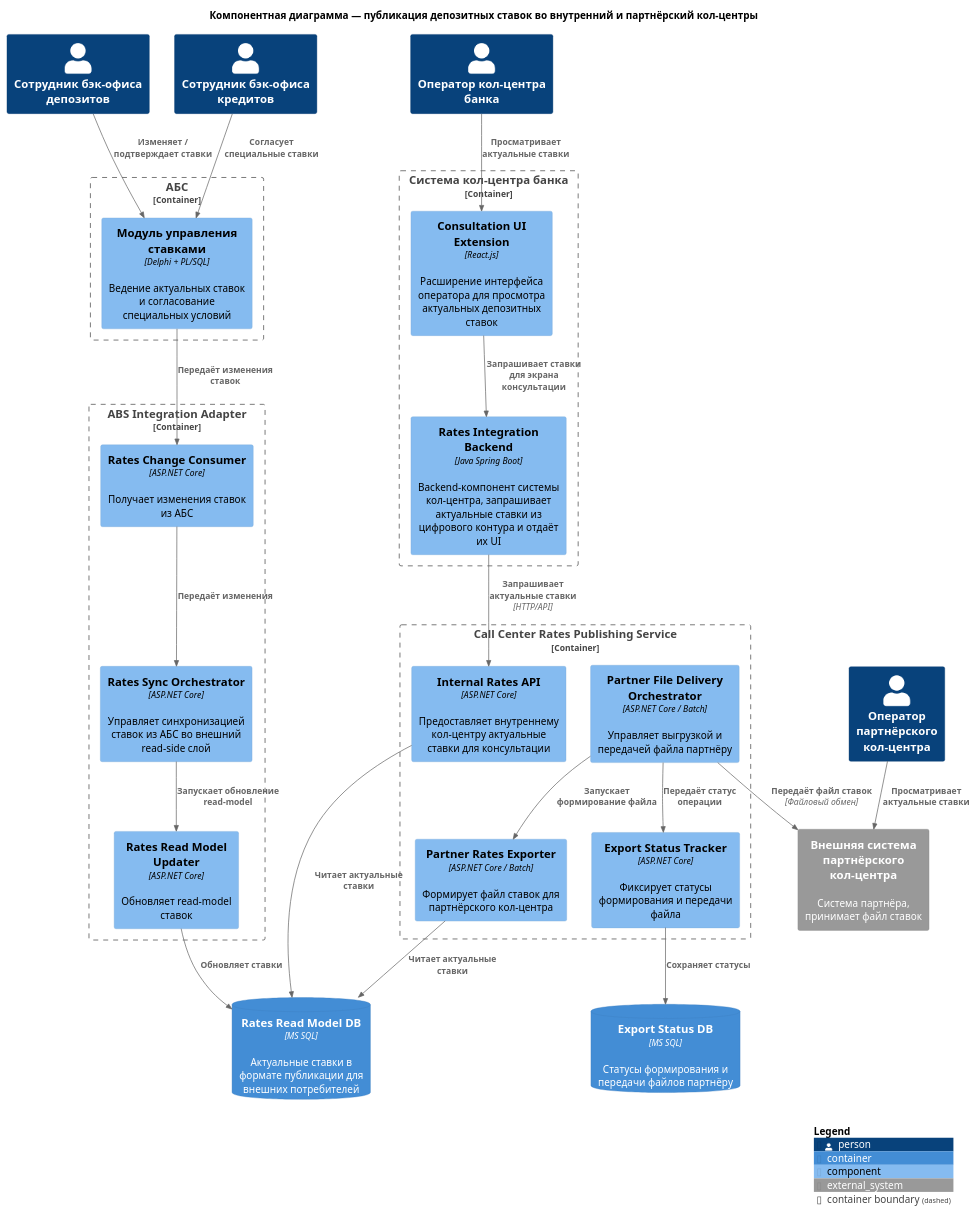
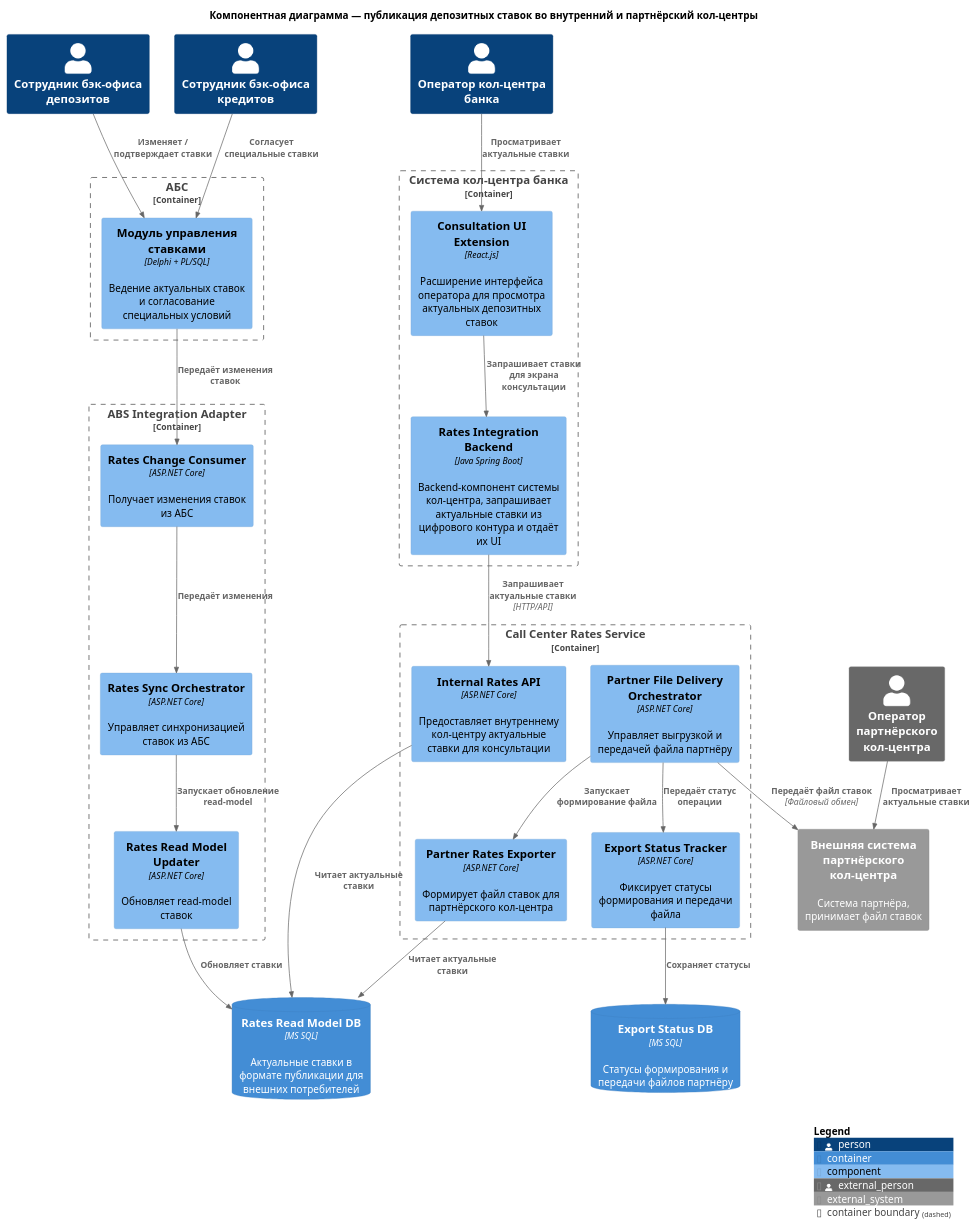
Before and after one commit to Meeluck/architecture-standart: the diagram in task4/adr_2_component.puml, drawn with PlantUML. The commit also changed 8 other files, not shown here.

```diff
--- a/task4/adr_2_component.puml
+++ b/task4/adr_2_component.puml
@@ -1,62 +1,62 @@
 @startuml
 !include https://raw.githubusercontent.com/plantuml-stdlib/C4-PlantUML/master/C4_Component.puml
 
 title Компонентная диаграмма — публикация депозитных ставок во внутренний и партнёрский кол-центры
 
 
 Person(internalOperator, "Оператор кол-центра банка")
-Person(partnerOperator, "Оператор партнёрского кол-центра")
+Person_Ext(partnerOperator, "Оператор партнёрского кол-центра")
 Person(depositBackoffice, "Сотрудник бэк-офиса депозитов")
 Person(creditBackoffice, "Сотрудник бэк-офиса кредитов")
 
 Container_Boundary(absBoundary, "АБС") {
     Component(absRateModule, "Модуль управления ставками", "Delphi + PL/SQL", "Ведение актуальных ставок и согласование специальных условий")
 }
 
 Container_Boundary(absAdapterBoundary, "ABS Integration Adapter") {
     Component(ratesChangeConsumer, "Rates Change Consumer", "ASP.NET Core", "Получает изменения ставок из АБС")
-    Component(ratesSyncOrchestrator, "Rates Sync Orchestrator", "ASP.NET Core", "Управляет синхронизацией ставок из АБС во внешний read-side слой")
+    Component(ratesSyncOrchestrator, "Rates Sync Orchestrator", "ASP.NET Core", "Управляет синхронизацией ставок из АБС")
     Component(ratesReadModelUpdater, "Rates Read Model Updater", "ASP.NET Core", "Обновляет read-model ставок")
 }
 
 ContainerDb(ratesReadModelDb, "Rates Read Model DB", "MS SQL", "Актуальные ставки в формате публикации для внешних потребителей")
 
-Container_Boundary(ratesPublishingBoundary, "Call Center Rates Publishing Service") {
+Container_Boundary(ratesPublishingBoundary, "Call Center Rates Service") {
     Component(internalRatesApi, "Internal Rates API", "ASP.NET Core", "Предоставляет внутреннему кол-центру актуальные ставки для консультации")
-    Component(partnerRatesExporter, "Partner Rates Exporter", "ASP.NET Core / Batch", "Формирует файл ставок для партнёрского кол-центра")
-    Component(fileDeliveryOrchestrator, "Partner File Delivery Orchestrator", "ASP.NET Core / Batch", "Управляет выгрузкой и передачей файла партнёру")
+    Component(partnerRatesExporter, "Partner Rates Exporter", "ASP.NET Core", "Формирует файл ставок для партнёрского кол-центра")
+    Component(fileDeliveryOrchestrator, "Partner File Delivery Orchestrator", "ASP.NET Core", "Управляет выгрузкой и передачей файла партнёру")
     Component(exportStatusTracker, "Export Status Tracker", "ASP.NET Core", "Фиксирует статусы формирования и передачи файла")
 }
 
 ContainerDb(exportStatusDb, "Export Status DB", "MS SQL", "Статусы формирования и передачи файлов партнёру")
 
 Container_Boundary(callCenterBoundary, "Система кол-центра банка") {
     Component(consultationUiExtension, "Consultation UI Extension", "React.js", "Расширение интерфейса оператора для просмотра актуальных депозитных ставок")
     Component(ratesIntegrationBackend, "Rates Integration Backend", "Java Spring Boot", "Backend-компонент системы кол-центра, запрашивает актуальные ставки из цифрового контура и отдаёт их UI")
 }
 
 System_Ext(partnerCallCenter, "Внешняя система партнёрского кол-центра", "Система партнёра, принимает файл ставок")
 
 Rel(depositBackoffice, absRateModule, "Изменяет / подтверждает ставки")
 Rel(creditBackoffice, absRateModule, "Согласует специальные ставки")
 
 Rel(absRateModule, ratesChangeConsumer, "Передаёт изменения ставок")
 Rel(ratesChangeConsumer, ratesSyncOrchestrator, "Передаёт изменения")
 Rel(ratesSyncOrchestrator, ratesReadModelUpdater, "Запускает обновление read-model")
 Rel(ratesReadModelUpdater, ratesReadModelDb, "Обновляет ставки")
 
 Rel(internalRatesApi, ratesReadModelDb, "Читает актуальные ставки")
 Rel(partnerRatesExporter, ratesReadModelDb, "Читает актуальные ставки")
 Rel(fileDeliveryOrchestrator, partnerRatesExporter, "Запускает формирование файла")
 Rel(fileDeliveryOrchestrator, exportStatusTracker, "Передаёт статус операции")
 Rel(exportStatusTracker, exportStatusDb, "Сохраняет статусы")
 
 Rel(ratesIntegrationBackend, internalRatesApi, "Запрашивает актуальные ставки", "HTTP/API")
 Rel(consultationUiExtension, ratesIntegrationBackend, "Запрашивает ставки для экрана консультации")
 
 Rel(internalOperator, consultationUiExtension, "Просматривает актуальные ставки")
 Rel(fileDeliveryOrchestrator, partnerCallCenter, "Передаёт файл ставок", "Файловый обмен")
 Rel(partnerOperator, partnerCallCenter, "Просматривает актуальные ставки")
 
 SHOW_LEGEND()
 @enduml
```
